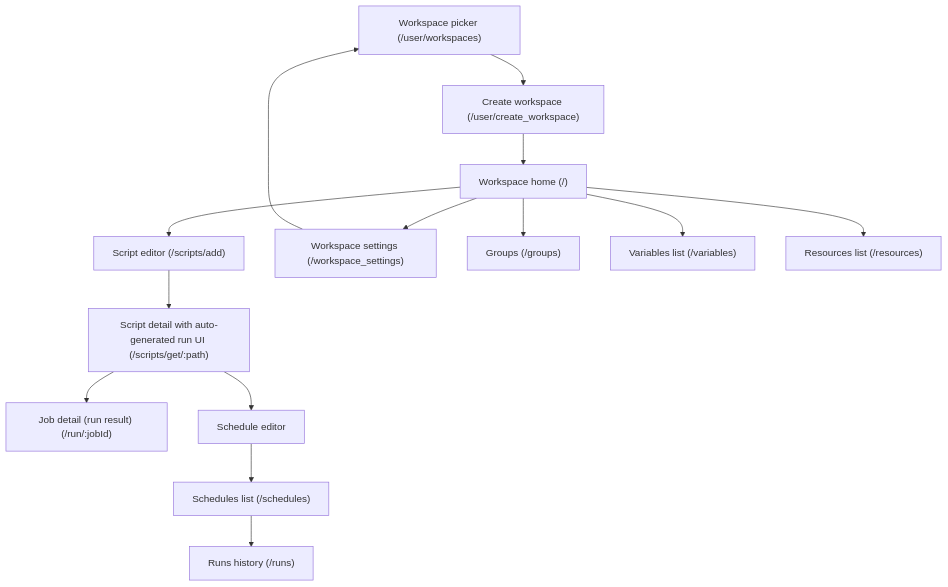
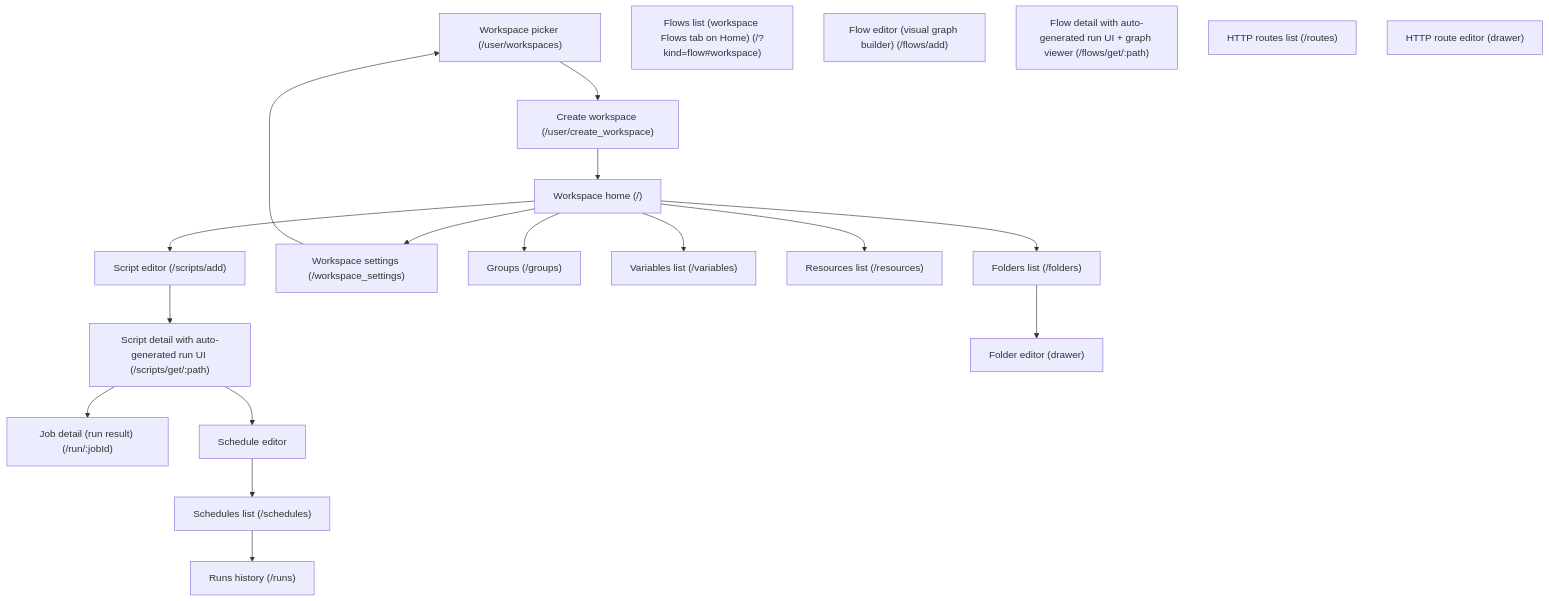
The diagram in sandbox/heal/docs/spec.md (heal-dev/heal-sandbox-windmill), drawn with Mermaid before and after one commit. The commit also changed other lines of this file and 93 other files, not shown here.

````diff
--- a/sandbox/heal/docs/spec.md
+++ b/sandbox/heal/docs/spec.md
@@ -13,29 +13,38 @@
 ```mermaid
 flowchart TD
   workspace-picker["Workspace picker (/user/workspaces)"]
   workspace-create["Create workspace (/user/create_workspace)"]
   home["Workspace home (/)"]
   script-editor["Script editor (/scripts/add)"]
   run-page["Script detail with auto-generated run UI (/scripts/get/:path)"]
   job-detail["Job detail (run result) (/run/:jobId)"]
   schedule-editor["Schedule editor"]
   schedules-list["Schedules list (/schedules)"]
   runs-history["Runs history (/runs)"]
   workspace-settings["Workspace settings (/workspace_settings)"]
   groups["Groups (/groups)"]
   variables-list["Variables list (/variables)"]
   resources-list["Resources list (/resources)"]
+  flows-list["Flows list (workspace Flows tab on Home) (/?kind=flow#workspace)"]
+  flow-editor["Flow editor (visual graph builder) (/flows/add)"]
+  flow-detail["Flow detail with auto-generated run UI + graph viewer (/flows/get/:path)"]
+  routes-list["HTTP routes list (/routes)"]
+  folders-list["Folders list (/folders)"]
+  folder-editor["Folder editor (drawer)"]
+  route-editor["HTTP route editor (drawer)"]
   workspace-picker --> workspace-create
   workspace-create --> home
   home --> script-editor
   script-editor --> run-page
   run-page --> job-detail
   run-page --> schedule-editor
   schedule-editor --> schedules-list
   schedules-list --> runs-history
   home --> workspace-settings
   workspace-settings --> workspace-picker
   home --> groups
+  home --> folders-list
+  folders-list --> folder-editor
   home --> variables-list
   home --> resources-list
 ```
````
